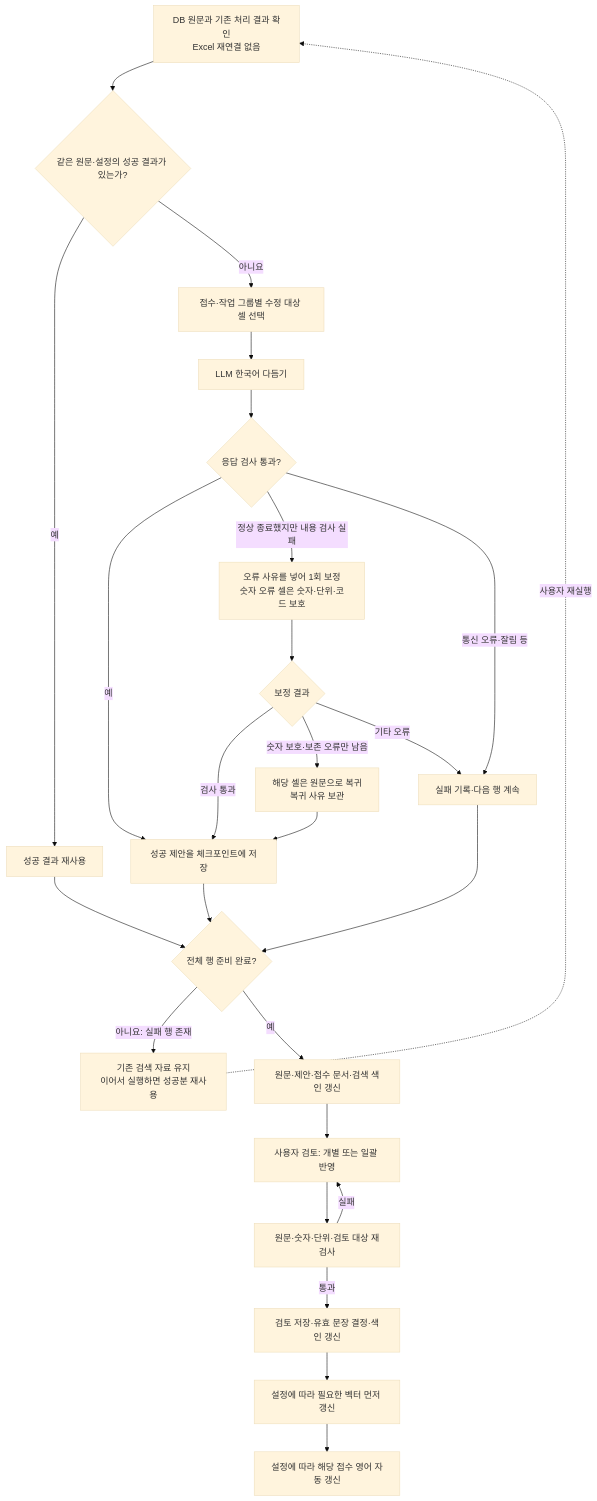
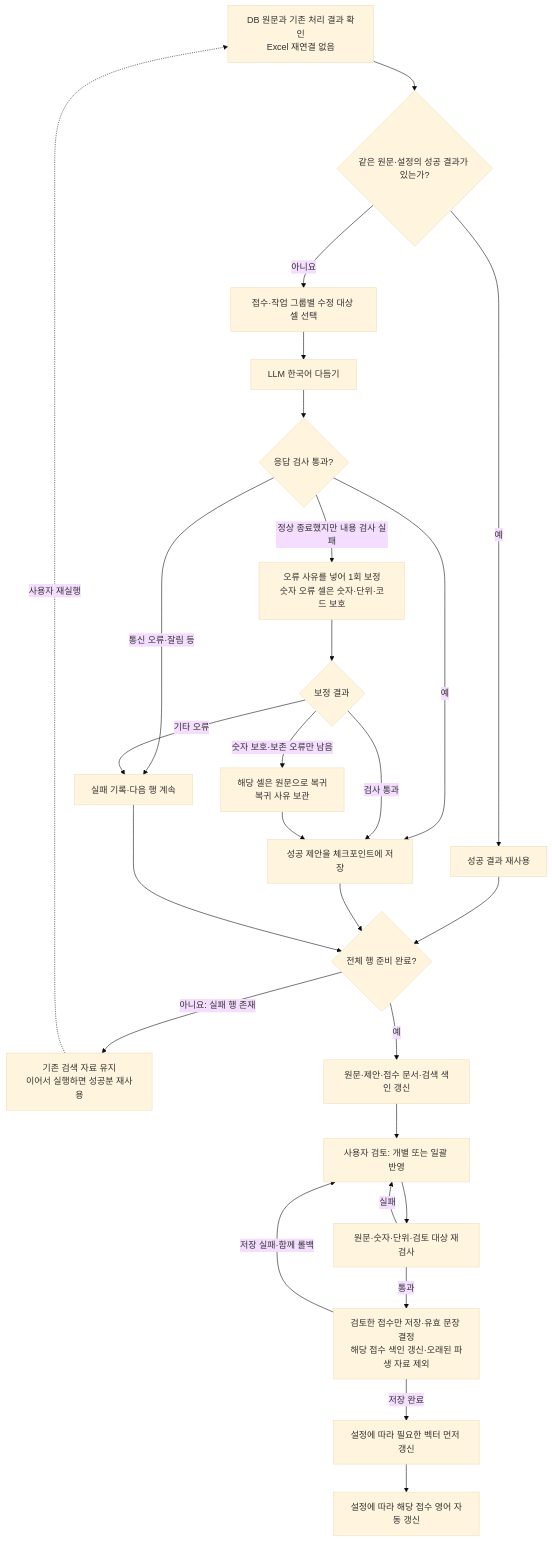
Before and after one commit to pmh10401/cs-excel-rag: the third of 10 diagrams in docs/전체-프로그램-플로우.md, drawn with Mermaid (base theme). The commit also changed other lines of this file and 12 other files, not shown here.

````diff
--- a/docs/전체-프로그램-플로우.md
+++ b/docs/전체-프로그램-플로우.md
@@ -107,28 +107,29 @@
 ```mermaid
 flowchart TD
     A[DB 원문과 기존 처리 결과 확인<br/>Excel 재연결 없음] --> B{같은 원문·설정의 성공 결과가 있는가?}
     B -->|예| C[성공 결과 재사용]
     B -->|아니요| D[접수·작업 그룹별 수정 대상 셀 선택]
     D --> E[LLM 한국어 다듬기]
     E --> F{응답 검사 통과?}
     F -->|예| G[성공 제안을 체크포인트에 저장]
     F -->|정상 종료했지만 내용 검사 실패| H[오류 사유를 넣어 1회 보정<br/>숫자 오류 셀은 숫자·단위·코드 보호]
     F -->|통신 오류·잘림 등| J[실패 기록·다음 행 계속]
     H --> I{보정 결과}
     I -->|검사 통과| G
     I -->|숫자 보호·보존 오류만 남음| K[해당 셀은 원문으로 복귀<br/>복귀 사유 보관]
     I -->|기타 오류| J
     K --> G
     C --> L{전체 행 준비 완료?}
     G --> L
     J --> L
     L -->|아니요: 실패 행 존재| M[기존 검색 자료 유지<br/>이어서 실행하면 성공분 재사용]
     M -. 사용자 재실행 .-> A
     L -->|예| N[원문·제안·접수 문서·검색 색인 갱신]
     N --> O[사용자 검토: 개별 또는 일괄 반영]
     O --> P[원문·숫자·단위·검토 대상 재검사]
-    P -->|통과| R[검토 저장·유효 문장 결정·색인 갱신]
+    P -->|통과| R[검토한 접수만 저장·유효 문장 결정<br/>해당 접수 색인 갱신·오래된 파생 자료 제외]
     P -->|실패| O
-    R --> S[설정에 따라 필요한 벡터 먼저 갱신]
+    R -->|저장 실패·함께 롤백| O
+    R -->|저장 완료| S[설정에 따라 필요한 벡터 먼저 갱신]
     S --> T[설정에 따라 해당 접수 영어 자동 갱신]
 ```
````
